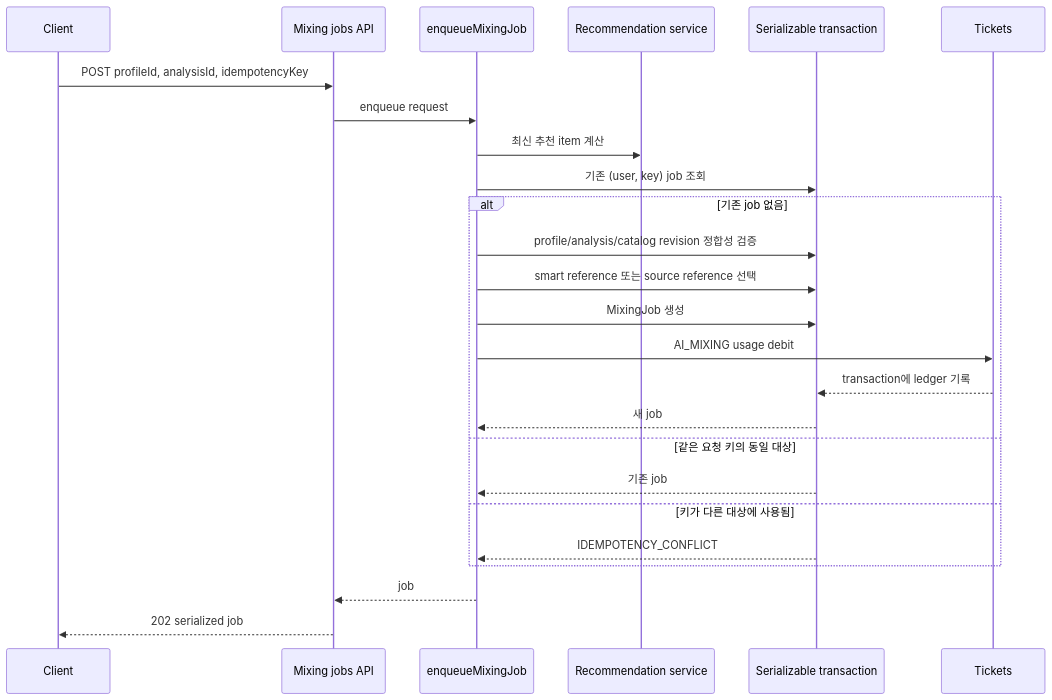
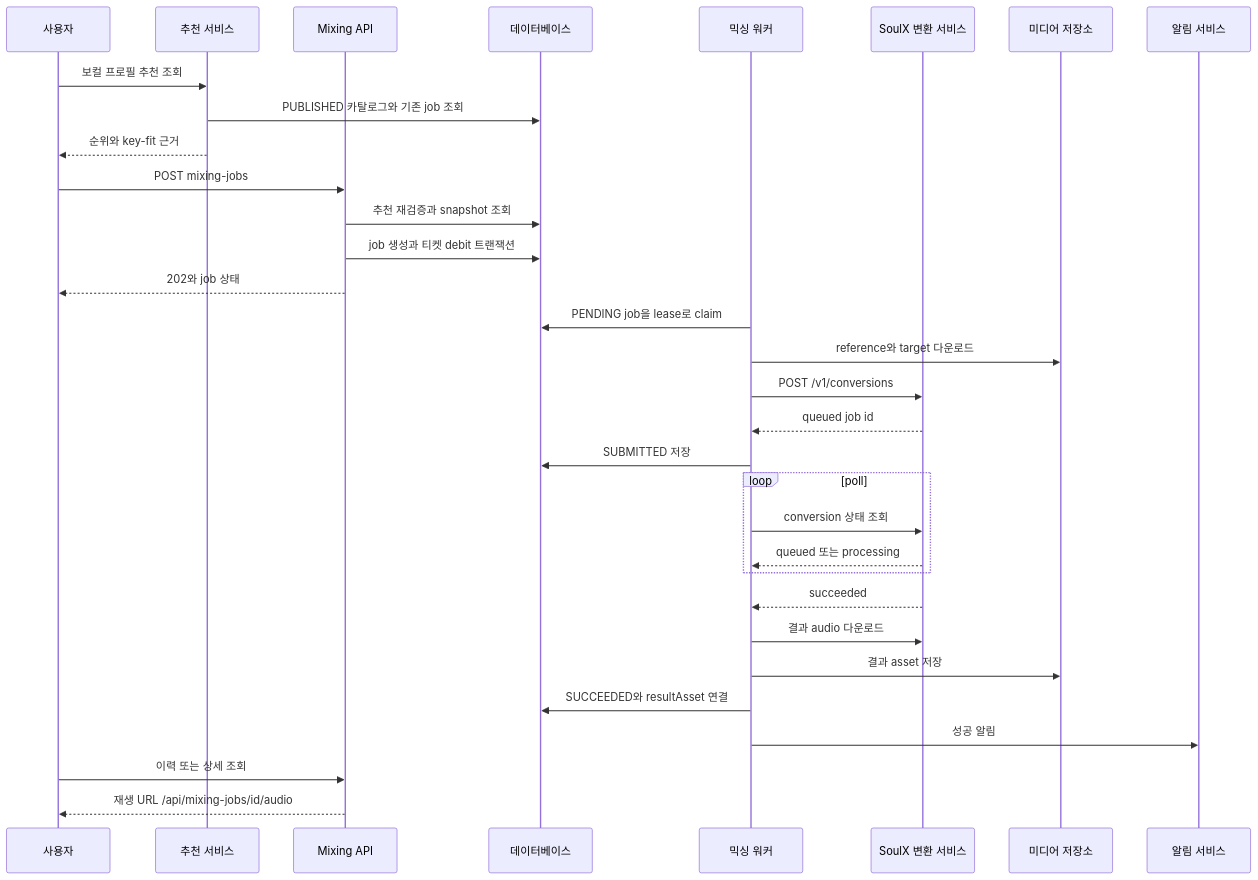
Before and after one commit to leey00nsu/copy-singer: the first of 2 diagrams in openwiki/workflows/recommendation-and-mixing.md, drawn with Mermaid. The commit also changed other lines of this file and 49 other files, not shown here.

````diff
--- a/openwiki/workflows/recommendation-and-mixing.md
+++ b/openwiki/workflows/recommendation-and-mixing.md
@@ -89,27 +59,35 @@
 ```mermaid
 sequenceDiagram
-    participant Client
-    participant API as Mixing jobs API
-    participant Queue as enqueueMixingJob
-    participant Rec as Recommendation service
-    participant DB as Serializable transaction
-    participant Tickets
-    Client->>API: POST profileId, analysisId, idempotencyKey
-    API->>Queue: enqueue request
-    Queue->>Rec: 최신 추천 item 계산
-    Queue->>DB: 기존 (user, key) job 조회
-    alt 기존 job 없음
-        Queue->>DB: profile/analysis/catalog revision 정합성 검증
-        Queue->>DB: smart reference 또는 source reference 선택
-        Queue->>DB: MixingJob 생성
-        Queue->>Tickets: AI_MIXING usage debit
-        Tickets-->>DB: transaction에 ledger 기록
-        DB-->>Queue: 새 job
-    else 같은 요청 키의 동일 대상
-        DB-->>Queue: 기존 job
-    else 키가 다른 대상에 사용됨
-        DB-->>Queue: IDEMPOTENCY_CONFLICT
+    participant User as 사용자
+    participant Rec as 추천 서비스
+    participant API as Mixing API
+    participant DB as 데이터베이스
+    participant Worker as 믹싱 워커
+    participant SoulX as SoulX 변환 서비스
+    participant Media as 미디어 저장소
+    participant Notifier as 알림 서비스
+
+    User->>Rec: 보컬 프로필 추천 조회
+    Rec->>DB: PUBLISHED 카탈로그와 기존 job 조회
+    Rec-->>User: 순위와 key-fit 근거
+    User->>API: POST mixing-jobs
+    API->>DB: 추천 재검증과 snapshot 조회
+    API->>DB: job 생성과 티켓 debit 트랜잭션
+    API-->>User: 202와 job 상태
+    Worker->>DB: PENDING job을 lease로 claim
+    Worker->>Media: reference와 target 다운로드
+    Worker->>SoulX: POST /v1/conversions
+    SoulX-->>Worker: queued job id
+    Worker->>DB: SUBMITTED 저장
+    loop poll
+        Worker->>SoulX: conversion 상태 조회
+        SoulX-->>Worker: queued 또는 processing
     end
-    Queue-->>API: job
-    API-->>Client: 202 serialized job
+    SoulX-->>Worker: succeeded
+    Worker->>SoulX: 결과 audio 다운로드
+    Worker->>Media: 결과 asset 저장
+    Worker->>DB: SUCCEEDED와 resultAsset 연결
+    Worker->>Notifier: 성공 알림
+    User->>API: 이력 또는 상세 조회
+    API-->>User: 재생 URL /api/mixing-jobs/id/audio
 ```
````
